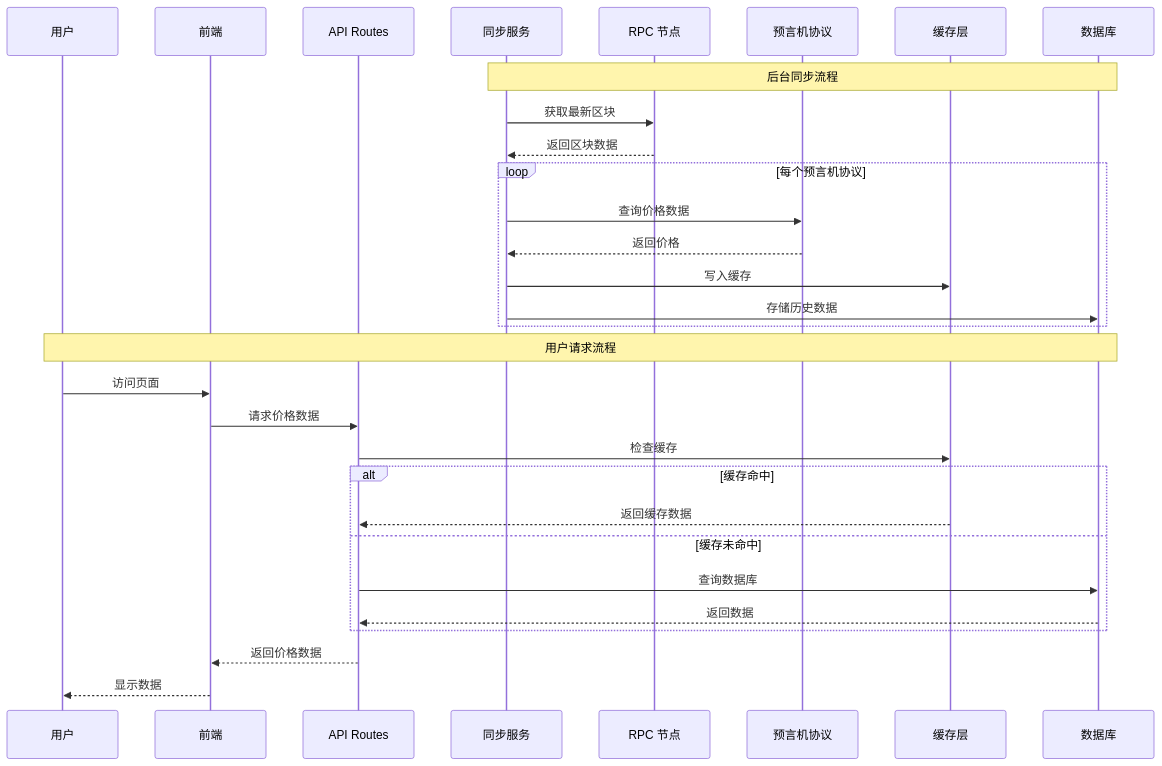
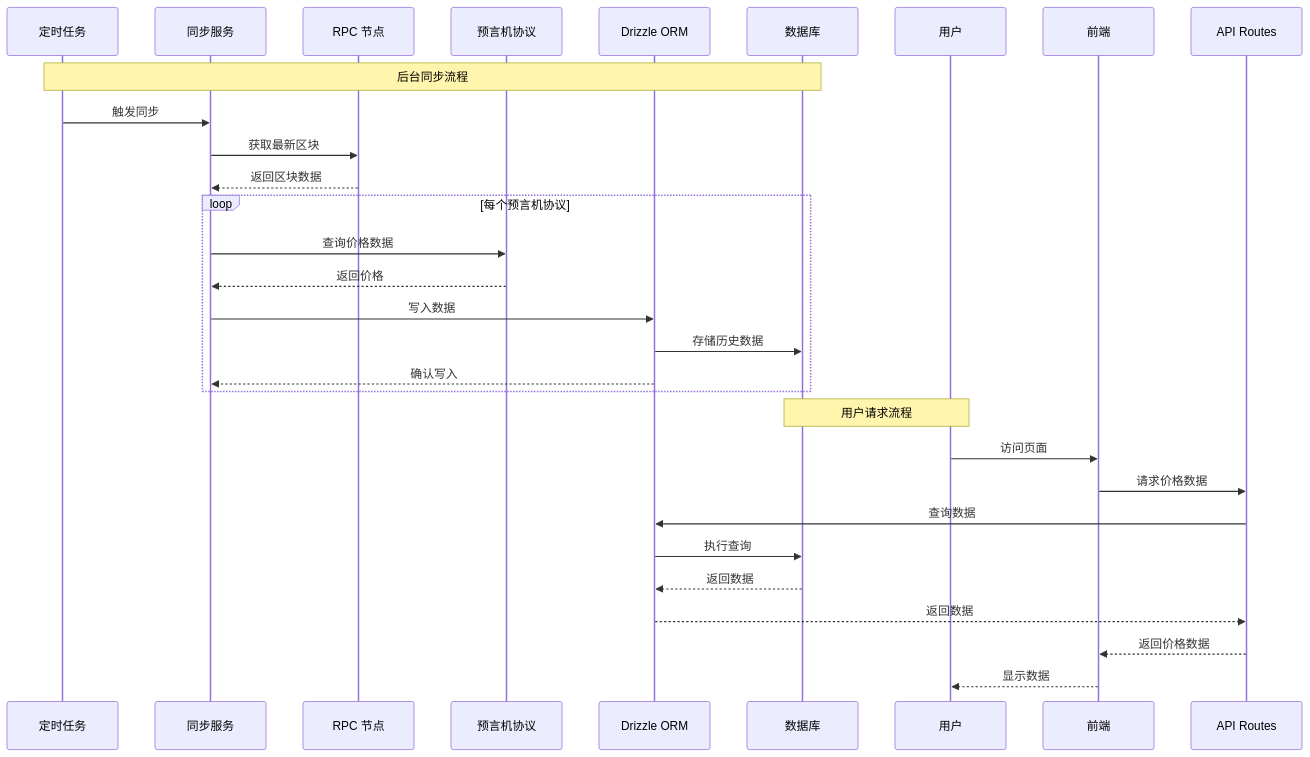
Before and after one commit to imokokok/Insight-beta: the first of 5 diagrams in docs/architecture/data-flow.md, drawn with Mermaid. The commit also changed other lines of this file and 14 other files, not shown here.

````diff
--- a/docs/architecture/data-flow.md
+++ b/docs/architecture/data-flow.md
@@ -20,37 +21,37 @@
 ```mermaid
 sequenceDiagram
+    participant Cron as 定时任务
+    participant SyncService as 同步服务
+    participant RPC as RPC 节点
+    participant Oracle as 预言机协议
+    participant Drizzle as Drizzle ORM
+    participant DB as 数据库
     participant User as 用户
     participant Frontend as 前端
     participant API as API Routes
-    participant SyncService as 同步服务
-    participant RPC as RPC 节点
-    participant Oracle as 预言机协议
-    participant Cache as 缓存层
-    participant DB as 数据库
 
-    Note over SyncService,DB: 后台同步流程
+    Note over Cron,DB: 后台同步流程
 
+    Cron->>SyncService: 触发同步
     SyncService->>RPC: 获取最新区块
     RPC-->>SyncService: 返回区块数据
 
     loop 每个预言机协议
         SyncService->>Oracle: 查询价格数据
         Oracle-->>SyncService: 返回价格
-        SyncService->>Cache: 写入缓存
-        SyncService->>DB: 存储历史数据
+        SyncService->>Drizzle: 写入数据
+        Drizzle->>DB: 存储历史数据
+        Drizzle-->>SyncService: 确认写入
     end
 
     Note over User,DB: 用户请求流程
 
     User->>Frontend: 访问页面
     Frontend->>API: 请求价格数据
-    API->>Cache: 检查缓存
-    alt 缓存命中
-        Cache-->>API: 返回缓存数据
-    else 缓存未命中
-        API->>DB: 查询数据库
-        DB-->>API: 返回数据
-    end
+    API->>Drizzle: 查询数据
+    Drizzle->>DB: 执行查询
+    DB-->>Drizzle: 返回数据
+    Drizzle-->>API: 返回数据
     API-->>Frontend: 返回价格数据
     Frontend-->>User: 显示数据
 ```
````
